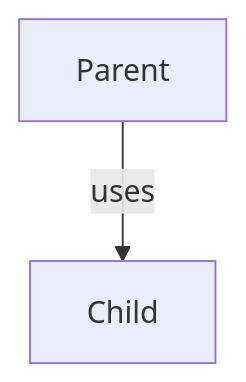
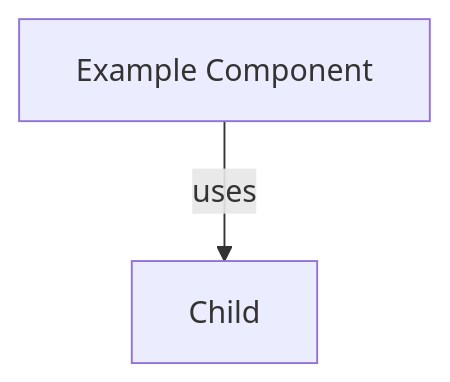
The second of 2 diagrams in as-is-document-improvements.md (abstract-business-systems/as-is), drawn with Mermaid before and after one commit. The commit also changed other lines of this file and 51 other files, not shown here.

Commit message:
docs(as-is): improve hierarchical architecture documentation

````diff
--- a/as-is-document-improvements.md
+++ b/as-is-document-improvements.md
@@ -111,7 +151,7 @@
 ```mermaid
 flowchart TD
-    Parent[Parent]
+    ExampleComponent[Example Component]
     Child[Child]
-    Parent -->|uses| Child
+    ExampleComponent -->|uses| Child
     click Child "../child/as-is.md#design" "Open Child design"
 ```
````
